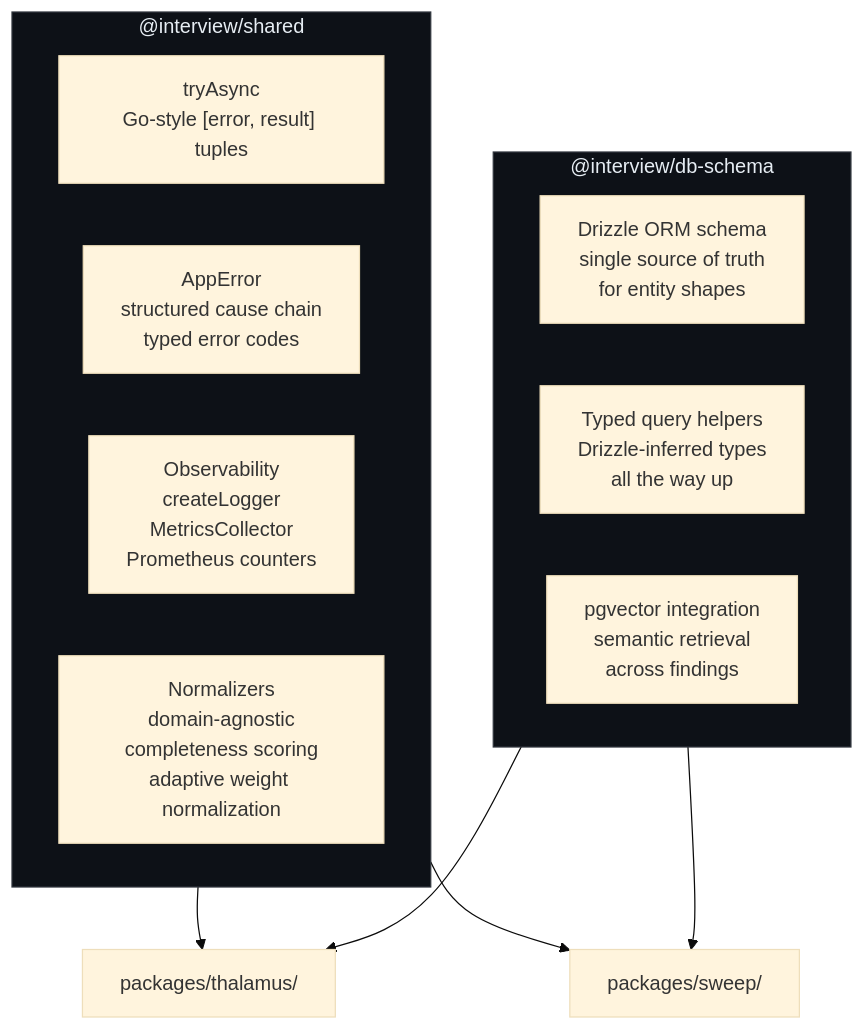
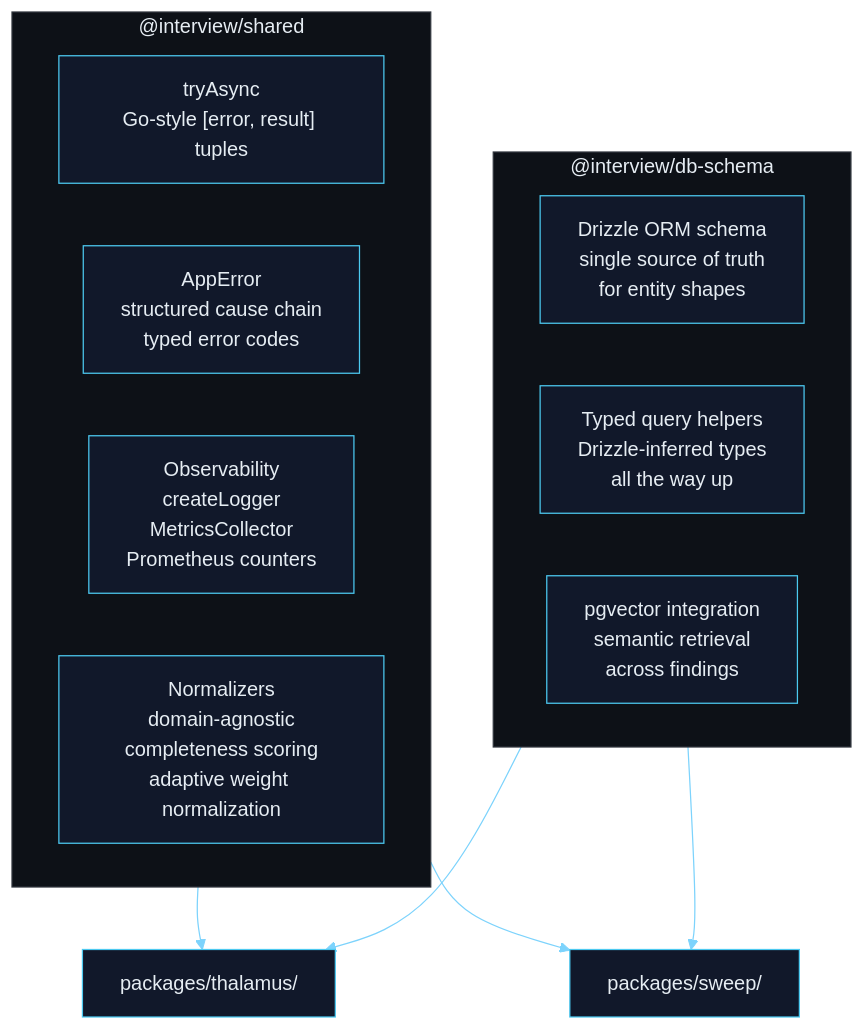
One commit to jeremienunez/thalamus-usecase-ssa- changed diagram 13 of 15 in README.md. Above: the diagram before and after it, drawn with Mermaid. The commit also changed other lines of this file and 9 other files, not shown here.

````diff
--- a/README.md
+++ b/README.md
@@ -780,27 +639,27 @@
 ```mermaid
-%%{init: {'theme': 'base'}}%%
-
+%%{init: {'theme':'base','themeVariables':{'background':'#0b0f17','primaryColor':'#11182a','primaryTextColor':'#e6edf3','primaryBorderColor':'#4cc9f0','secondaryColor':'#1a2033','tertiaryColor':'#141a28','secondaryTextColor':'#e6edf3','tertiaryTextColor':'#e6edf3','noteTextColor':'#e6edf3','noteBkgColor':'#1a2033','noteBorderColor':'#4cc9f0','lineColor':'#7dd3fc','textColor':'#e6edf3','mainBkg':'#11182a','secondBkg':'#1a2033','clusterBkg':'#0d1320','clusterBorder':'#4cc9f0','titleColor':'#e6edf3','edgeLabelBackground':'#0b0f17','labelBoxBkgColor':'#11182a','labelBoxBorderColor':'#4cc9f0','labelTextColor':'#e6edf3','actorBkg':'#11182a','actorBorder':'#4cc9f0','actorTextColor':'#e6edf3','actorLineColor':'#7dd3fc','signalColor':'#e6edf3','signalTextColor':'#e6edf3','activationBkgColor':'#1a2033','activationBorderColor':'#4cc9f0','sequenceNumberColor':'#0b0f17','classText':'#e6edf3'}}}%%
 flowchart TB
+    classDef default fill:#11182a,stroke:#4cc9f0,stroke-width:1px,color:#e6edf3;
     subgraph SHARED["@interview/shared"]
         direction LR
-        tryAsync["tryAsync\nGo-style [error, result] tuples"]
-        AppError["AppError\nstructured cause chain\ntyped error codes"]
-        Obs["Observability\ncreateLogger\nMetricsCollector\nPrometheus counters"]
-        Norm["Normalizers\ndomain-agnostic\ncompleteness scoring\nadaptive weight normalization"]
+        tryAsync["tryAsync<br/>Go-style [error, result] tuples"]
+        AppError["AppError<br/>structured cause chain<br/>typed error codes"]
+        Obs["Observability<br/>createLogger<br/>MetricsCollector<br/>Prometheus counters"]
+        Norm["Normalizers<br/>domain-agnostic<br/>completeness scoring<br/>adaptive weight normalization"]
     end
 
     subgraph SCHEMA["@interview/db-schema"]
         direction LR
-        Drizzle["Drizzle ORM schema\nsingle source of truth\nfor entity shapes"]
-        QueryHelpers["Typed query helpers\nDrizzle-inferred types\nall the way up"]
-        PgVector["pgvector integration\nsemantic retrieval\nacross findings"]
+        Drizzle["Drizzle ORM schema<br/>single source of truth<br/>for entity shapes"]
+        QueryHelpers["Typed query helpers<br/>Drizzle-inferred types<br/>all the way up"]
+        PgVector["pgvector integration<br/>semantic retrieval<br/>across findings"]
     end
 
     SHARED --> THALAMUS_PKG["packages/thalamus/"]
     SHARED --> SWEEP_PKG["packages/sweep/"]
     SCHEMA --> THALAMUS_PKG
     SCHEMA --> SWEEP_PKG
 
     style SHARED fill:#0d1117,stroke:#30363d,color:#e6edf3
     style SCHEMA fill:#0d1117,stroke:#30363d,color:#e6edf3
 ```
````
